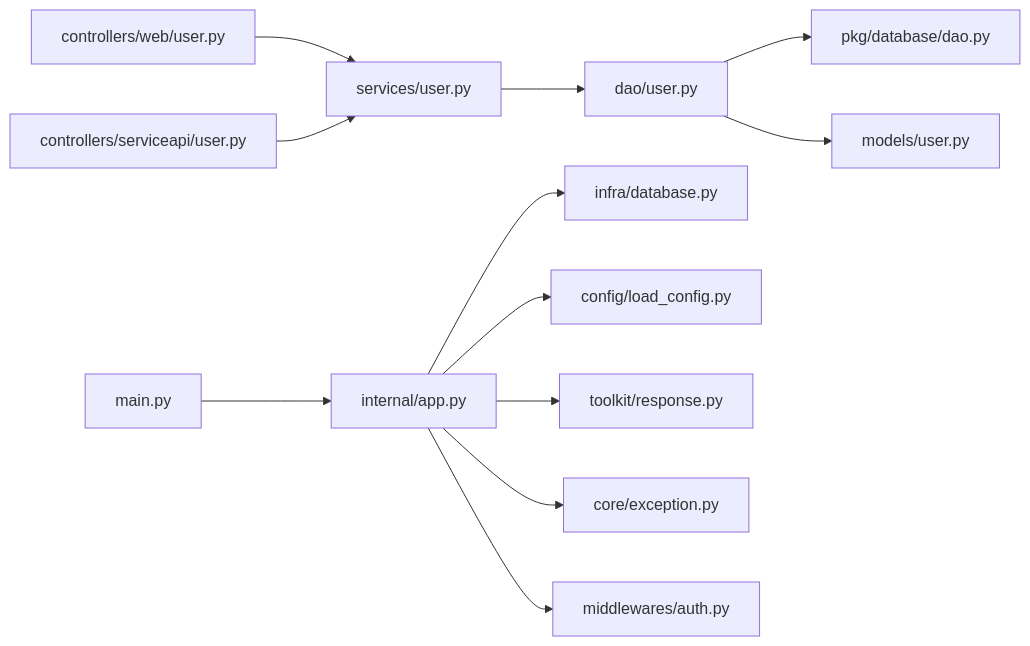
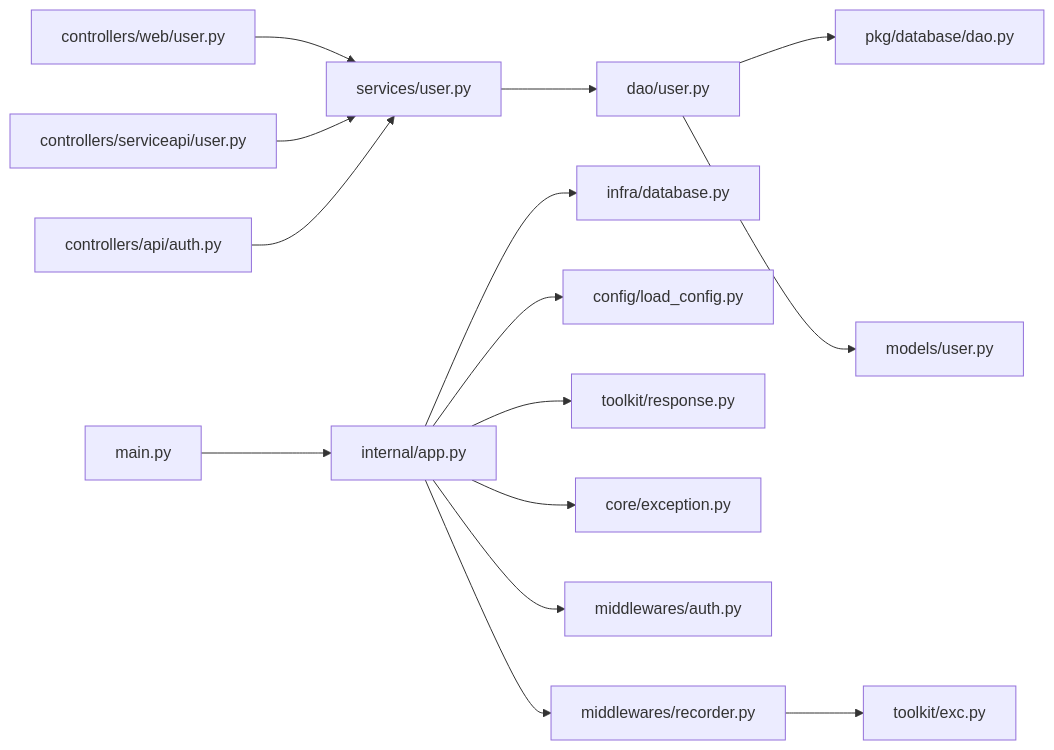
One commit to lilinzezzzzzz/fastapi-backend changed the seventh of 7 diagrams in .qoder/repowiki/zh/content/业务逻辑层.md. Above: the diagram before and after it, drawn with Mermaid. The commit also changed other lines of this file and 38 other files, not shown here.

````diff
--- a/.qoder/repowiki/zh/content/业务逻辑层.md
+++ b/.qoder/repowiki/zh/content/业务逻辑层.md
@@ -347,14 +508,17 @@
 ```mermaid
 graph LR
 CTRL_WEB["controllers/web/user.py"] --> SVC_USER["services/user.py"]
 CTRL_SVC["controllers/serviceapi/user.py"] --> SVC_USER
+CTRL_AUTH["controllers/api/auth.py"] --> SVC_USER
 SVC_USER --> DAO_USER["dao/user.py"]
 DAO_USER --> DAO_BASE["pkg/database/dao.py"]
 DAO_USER --> MODEL_USER["models/user.py"]
 MAIN["main.py"] --> APP["internal/app.py"]
 APP --> INFRA_DB["infra/database.py"]
 APP --> CFG["config/load_config.py"]
 APP --> RESP["toolkit/response.py"]
 APP --> EXC["core/exception.py"]
-APP --> MW["middlewares/auth.py"]
+APP --> MW_AUTH["middlewares/auth.py"]
+APP --> MW_RECORDER["middlewares/recorder.py"]
+MW_RECORDER --> TOOL_EXC["toolkit/exc.py"]
 ```
````
